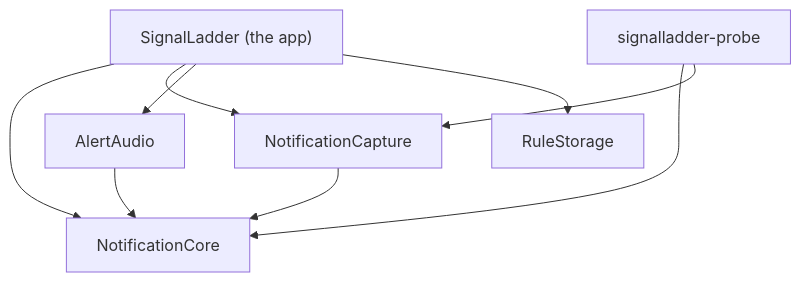
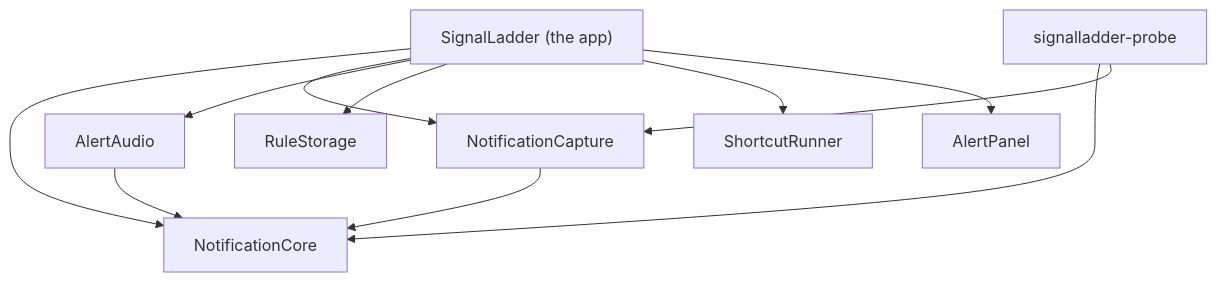
One commit to JWhite212/SignalLadder changed the first of 2 diagrams in docs/architecture.md. Above: the diagram before and after it, drawn with Mermaid. The commit also changed other lines of this file and 11 other files, not shown here.

````diff
--- a/docs/architecture.md
+++ b/docs/architecture.md
@@ -110,11 +124,13 @@
 ```mermaid
 flowchart TD
     App["SignalLadder (the app)"] --> Core["NotificationCore"]
     App --> Capture["NotificationCapture"]
     App --> Audio["AlertAudio"]
     App --> Storage["RuleStorage"]
+    App --> Shortcuts["ShortcutRunner"]
+    App --> Panel["AlertPanel"]
     Probe["signalladder-probe"] --> Core
     Probe --> Capture
     Capture --> Core
     Audio --> Core
 ```
````
